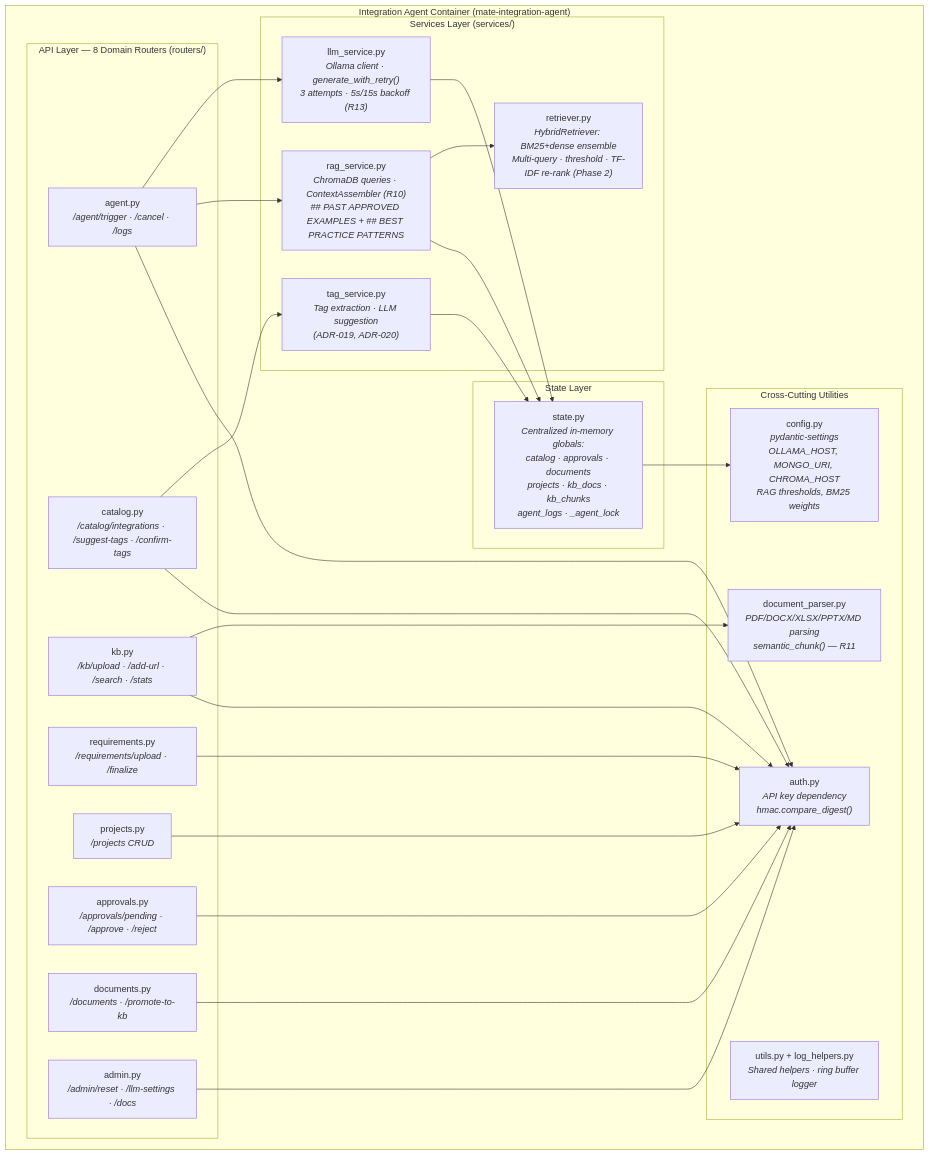
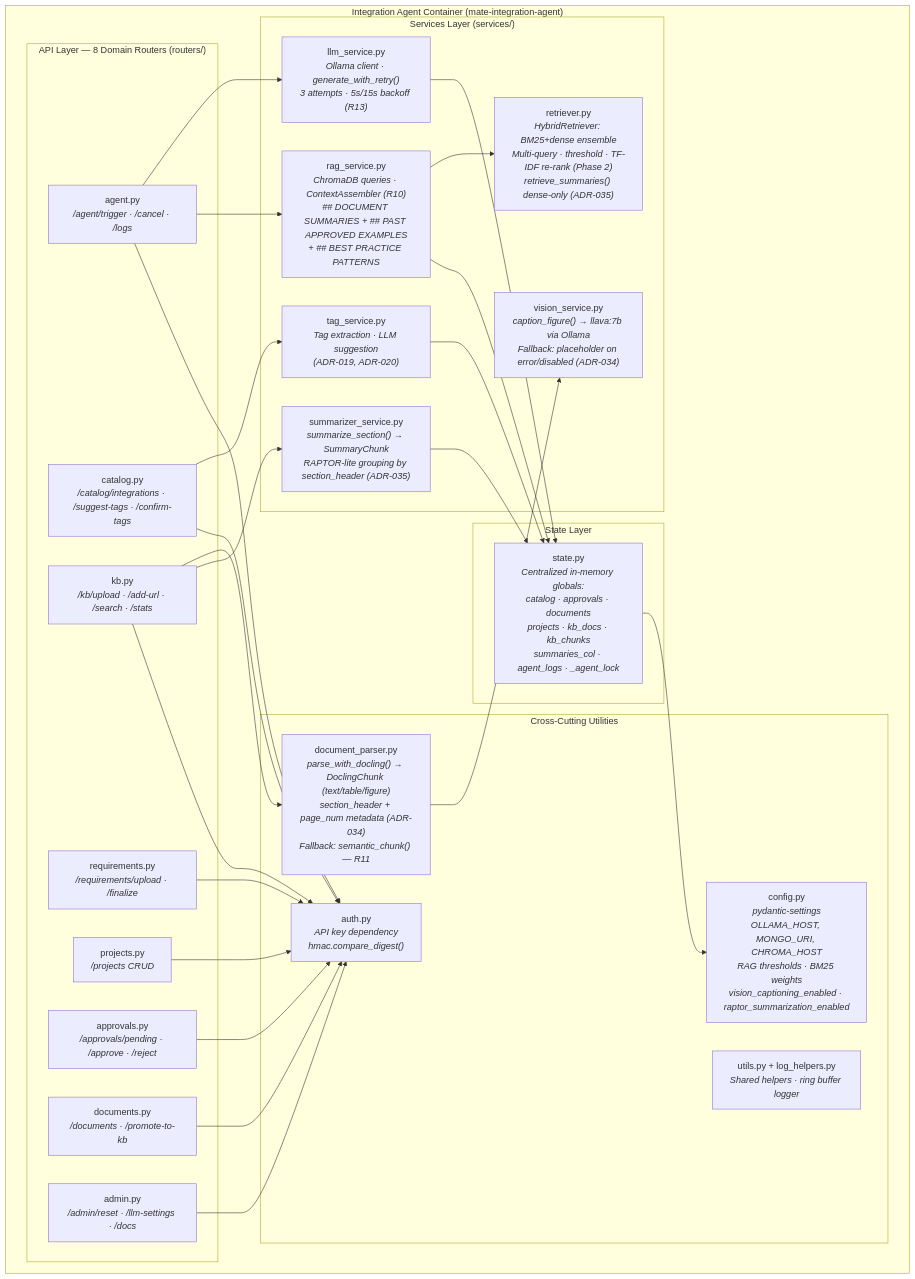
The third of 23 diagrams in docs/architecture_specification.md (emigritti/mate-poc), drawn with Mermaid before and after one commit. The commit also changed other lines of this file and 22 other files, not shown here.

First line of the commit message:
feat(rag): Phase 4 Advanced RAG Pipeline — Docling + LLaVA + RAPTOR-lite (ADR-034/035)

````diff
--- a/docs/architecture_specification.md
+++ b/docs/architecture_specification.md
@@ -211,44 +212,48 @@
 ```mermaid
 graph TB
     subgraph agent_container["Integration Agent Container (mate-integration-agent)"]
 
         subgraph api_layer["API Layer — 8 Domain Routers (routers/)"]
             r_agent["agent.py<br/><i>/agent/trigger · /cancel · /logs</i>"]
             r_req["requirements.py<br/><i>/requirements/upload · /finalize</i>"]
             r_proj["projects.py<br/><i>/projects CRUD</i>"]
             r_cat["catalog.py<br/><i>/catalog/integrations · /suggest-tags · /confirm-tags</i>"]
             r_appr["approvals.py<br/><i>/approvals/pending · /approve · /reject</i>"]
             r_docs["documents.py<br/><i>/documents · /promote-to-kb</i>"]
             r_kb["kb.py<br/><i>/kb/upload · /add-url · /search · /stats</i>"]
             r_admin["admin.py<br/><i>/admin/reset · /llm-settings · /docs</i>"]
         end
 
         subgraph svc_layer["Services Layer (services/)"]
             llm_svc["llm_service.py<br/><i>Ollama client · generate_with_retry()<br/>3 attempts · 5s/15s backoff (R13)</i>"]
-            rag_svc["rag_service.py<br/><i>ChromaDB queries · ContextAssembler (R10)<br/>## PAST APPROVED EXAMPLES + ## BEST PRACTICE PATTERNS</i>"]
+            rag_svc["rag_service.py<br/><i>ChromaDB queries · ContextAssembler (R10)<br/>## DOCUMENT SUMMARIES + ## PAST APPROVED EXAMPLES<br/>+ ## BEST PRACTICE PATTERNS</i>"]
             tag_svc["tag_service.py<br/><i>Tag extraction · LLM suggestion<br/>(ADR-019, ADR-020)</i>"]
-            retriever["retriever.py<br/><i>HybridRetriever: BM25+dense ensemble<br/>Multi-query · threshold · TF-IDF re-rank (Phase 2)</i>"]
+            retriever["retriever.py<br/><i>HybridRetriever: BM25+dense ensemble<br/>Multi-query · threshold · TF-IDF re-rank (Phase 2)<br/>retrieve_summaries() dense-only (ADR-035)</i>"]
+            vision_svc["vision_service.py<br/><i>caption_figure() → llava:7b via Ollama<br/>Fallback: placeholder on error/disabled (ADR-034)</i>"]
+            summarizer_svc["summarizer_service.py<br/><i>summarize_section() → SummaryChunk<br/>RAPTOR-lite grouping by section_header (ADR-035)</i>"]
         end
 
         subgraph state_layer["State Layer"]
-            state["state.py<br/><i>Centralized in-memory globals:<br/>catalog · approvals · documents<br/>projects · kb_docs · kb_chunks<br/>agent_logs · _agent_lock</i>"]
+            state["state.py<br/><i>Centralized in-memory globals:<br/>catalog · approvals · documents<br/>projects · kb_docs · kb_chunks<br/>summaries_col · agent_logs · _agent_lock</i>"]
         end
 
         subgraph cross_cut["Cross-Cutting Utilities"]
             auth["auth.py<br/><i>API key dependency<br/>hmac.compare_digest()</i>"]
-            config["config.py<br/><i>pydantic-settings<br/>OLLAMA_HOST, MONGO_URI, CHROMA_HOST<br/>RAG thresholds, BM25 weights</i>"]
+            config["config.py<br/><i>pydantic-settings<br/>OLLAMA_HOST, MONGO_URI, CHROMA_HOST<br/>RAG thresholds · BM25 weights<br/>vision_captioning_enabled · raptor_summarization_enabled</i>"]
             utils["utils.py + log_helpers.py<br/><i>Shared helpers · ring buffer logger</i>"]
-            doc_parser["document_parser.py<br/><i>PDF/DOCX/XLSX/PPTX/MD parsing<br/>semantic_chunk() — R11</i>"]
+            doc_parser["document_parser.py<br/><i>parse_with_docling() → DoclingChunk (text/table/figure)<br/>section_header + page_num metadata (ADR-034)<br/>Fallback: semantic_chunk() — R11</i>"]
         end
 
     end
 
     r_agent --> llm_svc
     r_agent --> rag_svc
     rag_svc --> retriever
     r_cat --> tag_svc
     r_kb --> doc_parser
-    llm_svc & rag_svc & tag_svc --> state
+    r_kb --> summarizer_svc
+    doc_parser --> vision_svc
+    llm_svc & rag_svc & tag_svc & summarizer_svc --> state
     r_agent & r_req & r_proj & r_cat & r_appr & r_docs & r_kb & r_admin --> auth
     state --> config
 ```
````
